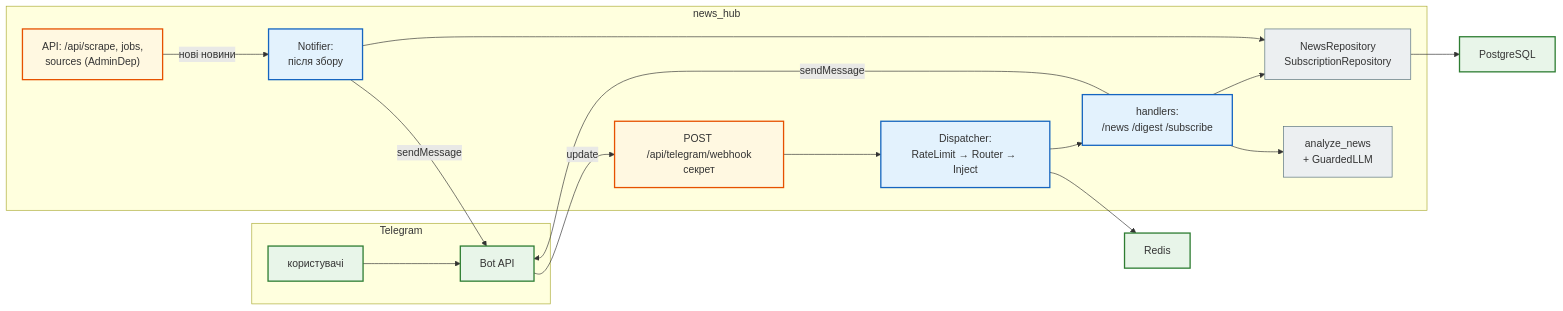
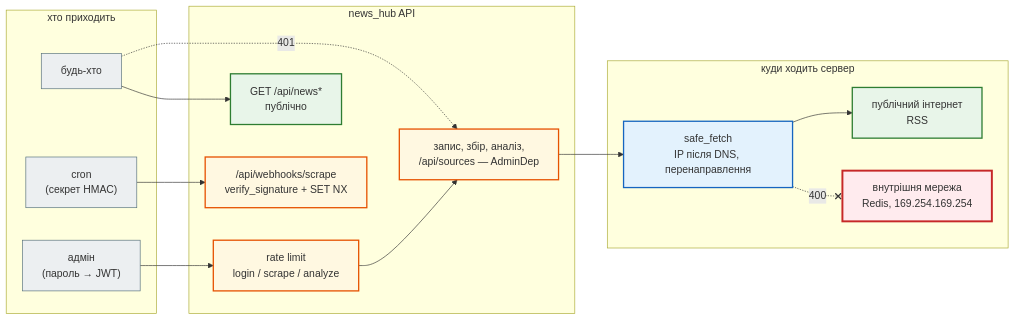
The fifth of 5 diagrams in docs/modules/m4/lesson_47.md (AlinaRadchenko/PY-Course-Victor-Nikoriak-22-09-2026), drawn with Mermaid before and after one commit. The commit also changed other lines of this file and 1846 other files, not shown here.

````diff
--- a/docs/modules/m4/lesson_47.md
+++ b/docs/modules/m4/lesson_47.md
@@ -414,36 +507,37 @@
 ```mermaid
 graph LR
     classDef step     fill:#eceff1,stroke:#546e7a,stroke-width:1px;
     classDef decision fill:#e3f2fd,stroke:#1565c0,stroke-width:2px;
     classDef success  fill:#e8f5e9,stroke:#2e7d32,stroke-width:2px;
     classDef error    fill:#ffebee,stroke:#c62828,stroke-width:3px;
     classDef warning  fill:#fff8e1,stroke:#e65100,stroke-width:2px;
 
-    subgraph TG["Telegram"]
-        TU["користувачі"]
-        TA["Bot API"]
+    subgraph IN["хто приходить"]
+        U["будь-хто"]
+        AD["адмін<br>(пароль → JWT)"]
+        CR["cron<br>(секрет HMAC)"]
     end
-    subgraph APP["news_hub"]
-        WH["POST /api/telegram/webhook<br>секрет"]
-        API["API: /api/scrape, jobs,<br>sources (AdminDep)"]
-        DP["Dispatcher:<br>RateLimit → Router → Inject"]
-        H["handlers:<br>/news /digest /subscribe"]
-        N["Notifier:<br>після збору"]
-        R["NewsRepository<br>SubscriptionRepository"]
-        L["analyze_news<br>+ GuardedLLM"]
+    subgraph API["news_hub API"]
+        RL["rate limit<br>login / scrape / analyze"]
+        RD["GET /api/news*<br>публічно"]
+        WR["запис, збір, аналіз,<br>/api/sources — AdminDep"]
+        WH["/api/webhooks/scrape<br>verify_signature + SET NX"]
     end
-    DB["PostgreSQL"]
-    RS["Redis"]
-    TU --> TA -->|update| WH --> DP --> H
-    H --> R --> DB
-    H --> L
-    DP --> RS
-    API -->|нові новини| N --> R
-    N -->|sendMessage| TA
-    H -->|sendMessage| TA
+    subgraph OUT["куди ходить сервер"]
+        SF["safe_fetch<br>IP після DNS, перенаправлення"]
+        NET["публічний інтернет<br>RSS"]
+        INT["внутрішня мережа<br>Redis, 169.254.169.254"]
+    end
+    U --> RD
+    U -. "401" .-> WR
+    AD --> RL --> WR
+    CR --> WH
+    WR --> SF --> NET
+    SF -. "400" .-x INT
 
-    class WH,API warning
-    class DP,H,N decision
-    class R,L step
-    class DB,RS,TA,TU success
+    class RD,NET success
+    class WR,WH,RL warning
+    class SF decision
+    class INT error
+    class U,AD,CR step
 ```
````
